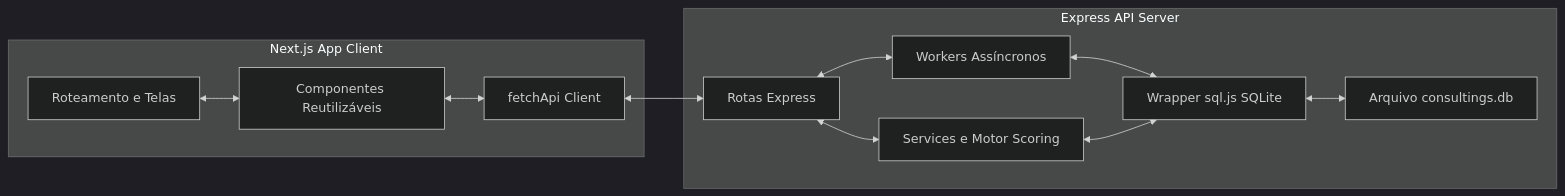
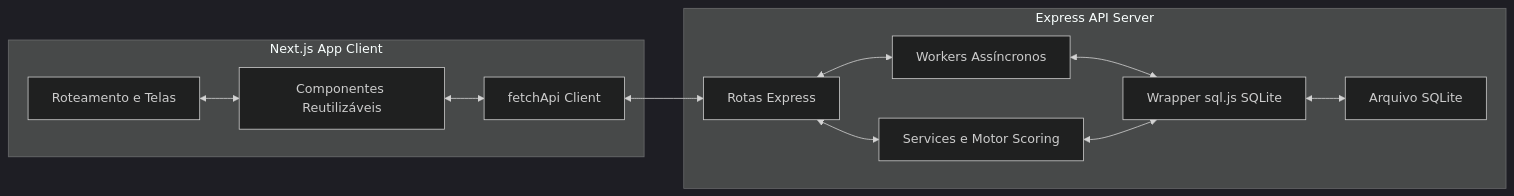
One commit to DevPedroFr/automacao_gsystem changed the diagram in docs/ARCHITECTURE_CURRENT.md. Above: the diagram before and after it, drawn with Mermaid (dark theme). The commit also changed other lines of this file and 20 other files, not shown here.

````diff
--- a/docs/ARCHITECTURE_CURRENT.md
+++ b/docs/ARCHITECTURE_CURRENT.md
@@ -9,16 +9,16 @@
 ```mermaid
 graph LR
     subgraph Frontend [Next.js App Client]
         A[Roteamento e Telas] <--> B[Componentes Reutilizáveis]
         B <--> C[fetchApi Client]
     end
 
     subgraph Backend [Express API Server]
         C <--> D[Rotas Express]
         D <--> E[Workers Assíncronos]
         D <--> F[Services e Motor Scoring]
         E <--> G[Wrapper sql.js SQLite]
         F <--> G
-        G <--> H[Arquivo consultings.db]
+        G <--> H[Arquivo SQLite]
     end
 ```
````
